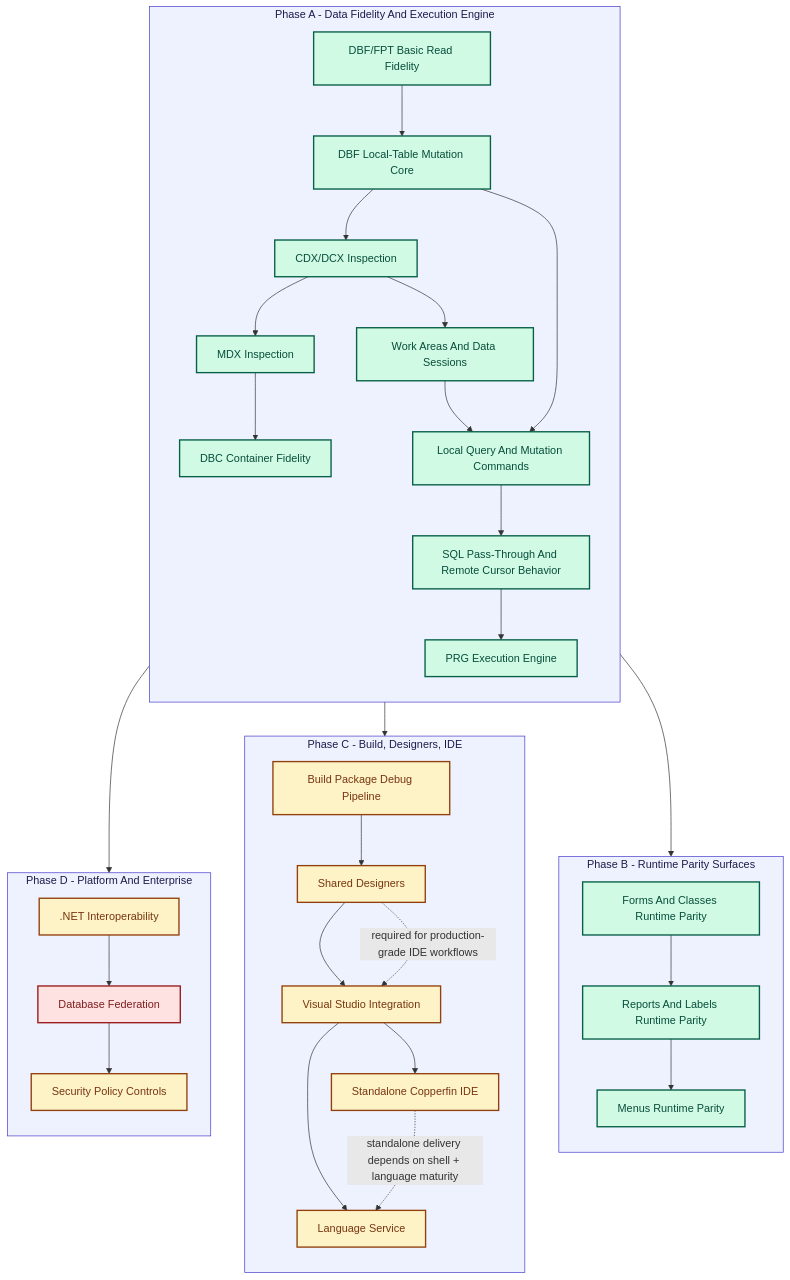
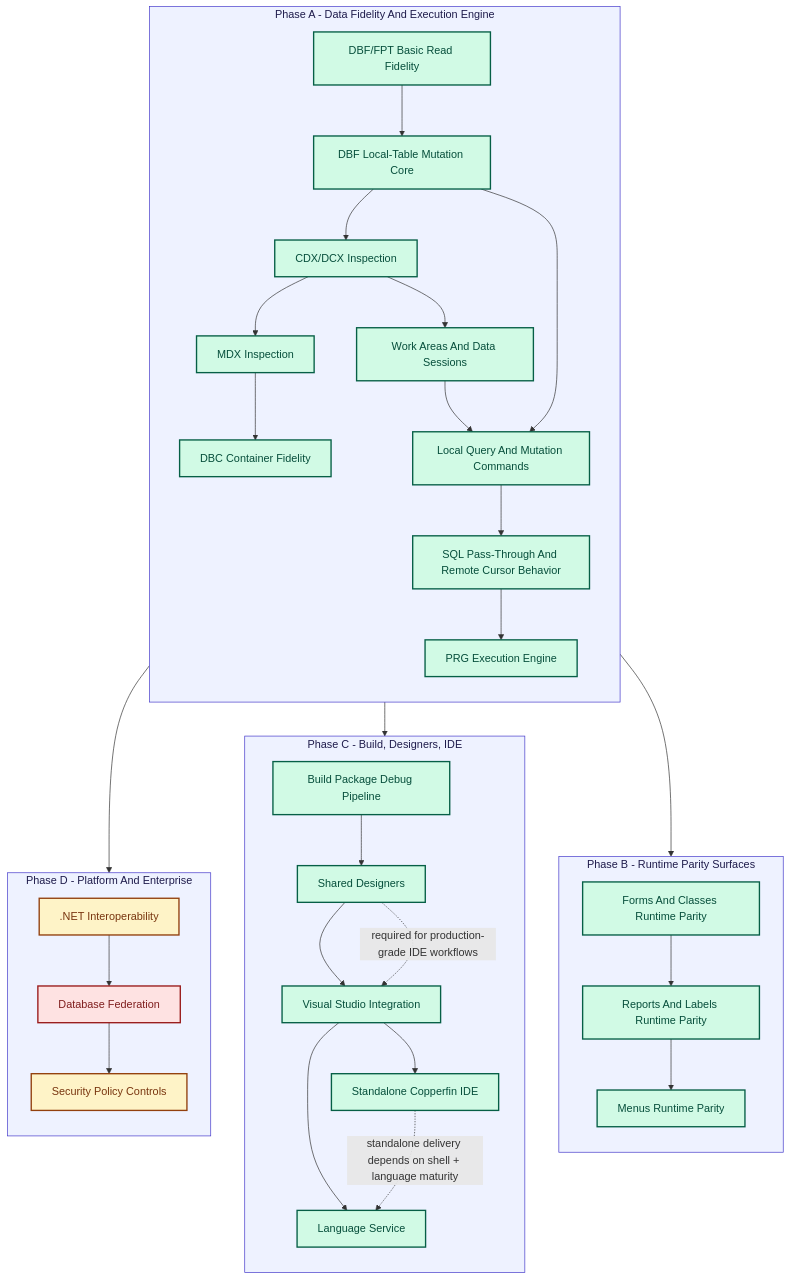
The diagram in remaining-work.md (rhamenator/Project-Copperfin), drawn with Mermaid before and after one commit. The commit also changed other lines of this file and 2 other files, not shown here.

````diff
--- a/remaining-work.md
+++ b/remaining-work.md
@@ -53,68 +53,70 @@
 ```mermaid
 flowchart TD
 	classDef done fill:#d1fae5,stroke:#065f46,stroke-width:2px,color:#064e3b;
 	classDef partial fill:#fef3c7,stroke:#92400e,stroke-width:2px,color:#78350f;
 	classDef missing fill:#fee2e2,stroke:#991b1b,stroke-width:2px,color:#7f1d1d;
 	classDef lane fill:#eef2ff,stroke:#4338ca,stroke-width:1px,color:#1e1b4b;
 
 	subgraph P1[Phase A - Data Fidelity And Execution Engine]
 		direction TB
 		A1[DBF/FPT Basic Read Fidelity]
 		A2[DBF Local-Table Mutation Core]
 		A3[CDX/DCX Inspection]
 		A4[MDX Inspection]
 		A5[DBC Container Fidelity]
 		B1[Work Areas And Data Sessions]
 		B2[Local Query And Mutation Commands]
 		B3[SQL Pass-Through And Remote Cursor Behavior]
 		B4[PRG Execution Engine]
 	end
 
 	subgraph P2[Phase B - Runtime Parity Surfaces]
 		direction TB
 		C1[Forms And Classes Runtime Parity]
 		C2[Reports And Labels Runtime Parity]
 		C3[Menus Runtime Parity]
 	end
 
 	subgraph P3[Phase C - Build, Designers, IDE]
 		direction TB
 		D1[Build Package Debug Pipeline]
 		D2[Shared Designers]
 		D3[Visual Studio Integration]
 		D4[Standalone Copperfin IDE]
 		D5[Language Service]
 	end
 
 	subgraph P4[Phase D - Platform And Enterprise]
 		direction TB
 		E1[.NET Interoperability]
 		E2[Database Federation]
 		E3[Security Policy Controls]
 	end
 
 	A1 --> A2 --> A3 --> A4 --> A5
 	A2 --> B2
 	A3 --> B1
 	B1 --> B2 --> B3 --> B4
 
 	B4 --> C1 --> C2 --> C3
 	B4 --> D1 --> D2 --> D3 --> D4
 	D3 --> D5
 	B4 --> E1 --> E2 --> E3
 
 	D2 -. required for production-grade IDE workflows .-> D3
 	D4 -. standalone delivery depends on shell + language maturity .-> D5
 
 	class A1,A2,A3,A4,A5 done;
 
 	class B1,B2,B3,B4 done;
 
 	class C1,C2,C3 done;
 
-	class D1,D2,D3,D4,D5,E1,E3 partial;
+	class D1,D2,D3,D4,D5 done;
+
+	class E1,E3 partial;
 
 	class E2 missing;
 
 	class P1,P2,P3,P4 lane;
 ```
````
